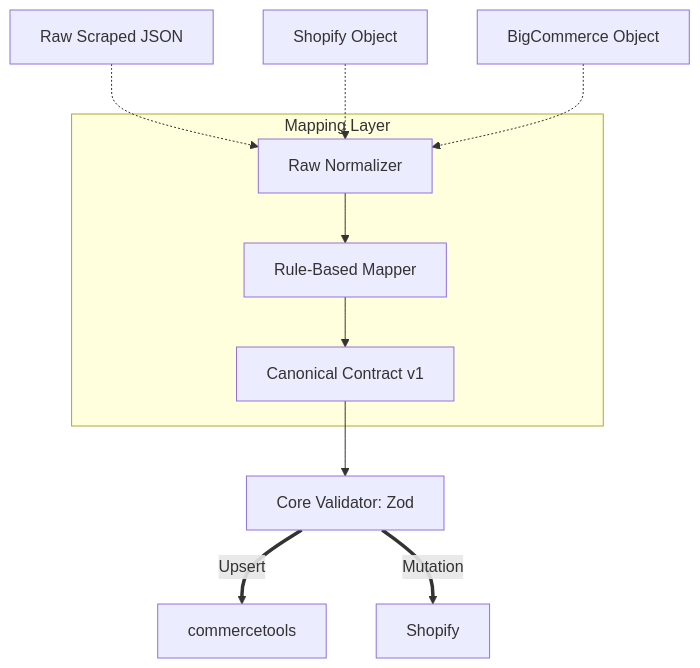
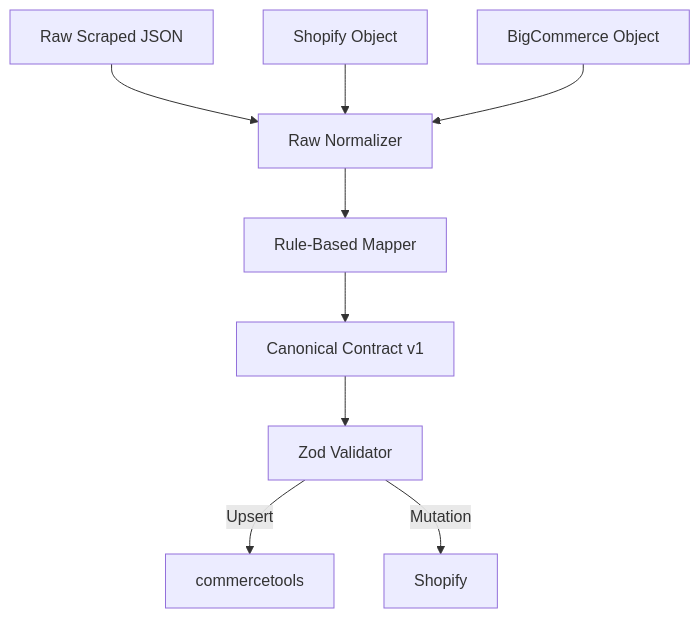
Before and after one commit to sonishivam1/commerce-orchestrator: the diagram in docs/data-models/canonical-models.md, drawn with Mermaid. The commit also changed 3 other files, not shown here.

Commit message:
fix(docs): remove invalid @ node IDs and classDef colors from all Mermaid diagrams for GitHub compatibility

````diff
--- a/docs/data-models/canonical-models.md
+++ b/docs/data-models/canonical-models.md
@@ -10,16 +10,11 @@
 ```mermaid
 flowchart TD
-    ScrapeJSON[Raw Scraped JSON] -.-> Normalizer
-    ShopifyRes[Shopify Object] -.-> Normalizer
-    BigComRes[BigCommerce Object] -.-> Normalizer
-    
-    subgraph MappingLayer [Mapping Layer]
-        Normalizer[Raw Normalizer] --> Mapper[Rule-Based Mapper]
-        Mapper --> Canonical[Canonical Contract v1]
-    end
-    
-    Canonical --> Val[Core Validator: Zod]
-    
-    Val ==>|Upsert| CT[commercetools]
-    Val ==>|Mutation| Shop[Shopify]
+    ScrapeJSON[Raw Scraped JSON] --> Normalizer[Raw Normalizer]
+    ShopifyRes[Shopify Object] --> Normalizer
+    BigComRes[BigCommerce Object] --> Normalizer
+    Normalizer --> Mapper[Rule-Based Mapper]
+    Mapper --> Canon[Canonical Contract v1]
+    Canon --> Val[Zod Validator]
+    Val -->|Upsert| CT[commercetools]
+    Val -->|Mutation| Shop[Shopify]
 ```
````
